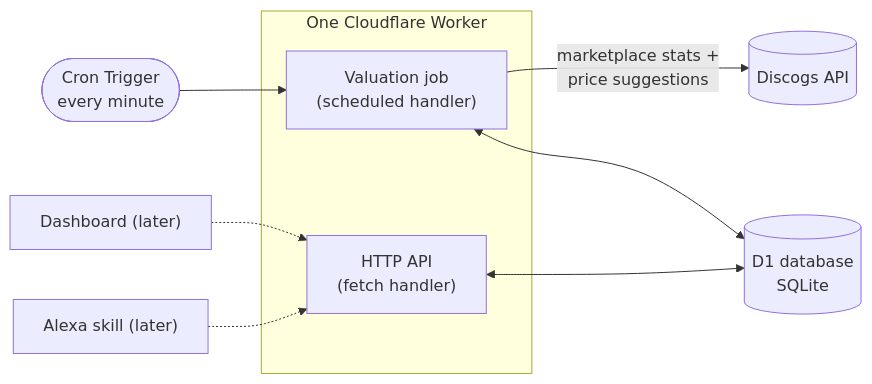
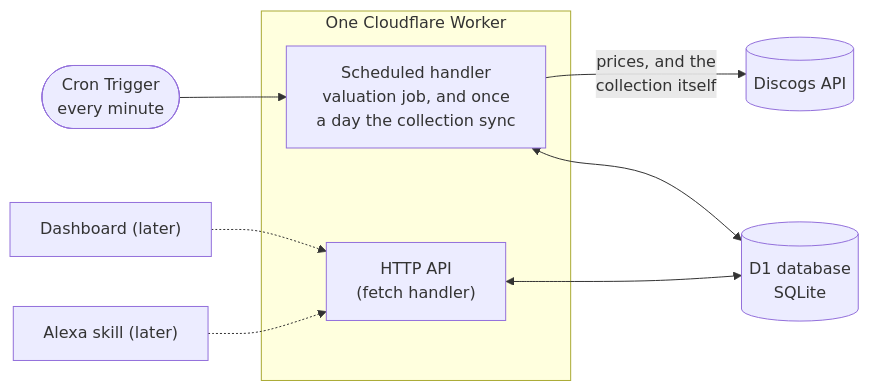
One commit to JakubMini/vinyl-value-vault changed the diagram in README.md. Above: the diagram before and after it, drawn with Mermaid. The commit also changed other lines of this file and 16 other files, not shown here.

First line of the commit message:
Sync the Discogs collection from inside the Worker (#9)

````diff
--- a/README.md
+++ b/README.md
@@ -18,13 +19,13 @@
 ```mermaid
 flowchart LR
   cron([Cron Trigger<br/>every minute]) --> job
   subgraph worker["One Cloudflare Worker"]
-    job["Valuation job<br/>(scheduled handler)"]
+    job["Scheduled handler<br/>valuation job, and once<br/>a day the collection sync"]
     api["HTTP API<br/>(fetch handler)"]
   end
-  job -->|"marketplace stats +<br/>price suggestions"| discogs[("Discogs API")]
+  job -->|"prices, and the<br/>collection itself"| discogs[("Discogs API")]
   job <--> d1[("D1 database<br/>SQLite")]
   api <--> d1
   dash["Dashboard (later)"] -.-> api
   alexa["Alexa skill (later)"] -.-> api
 ```
````
